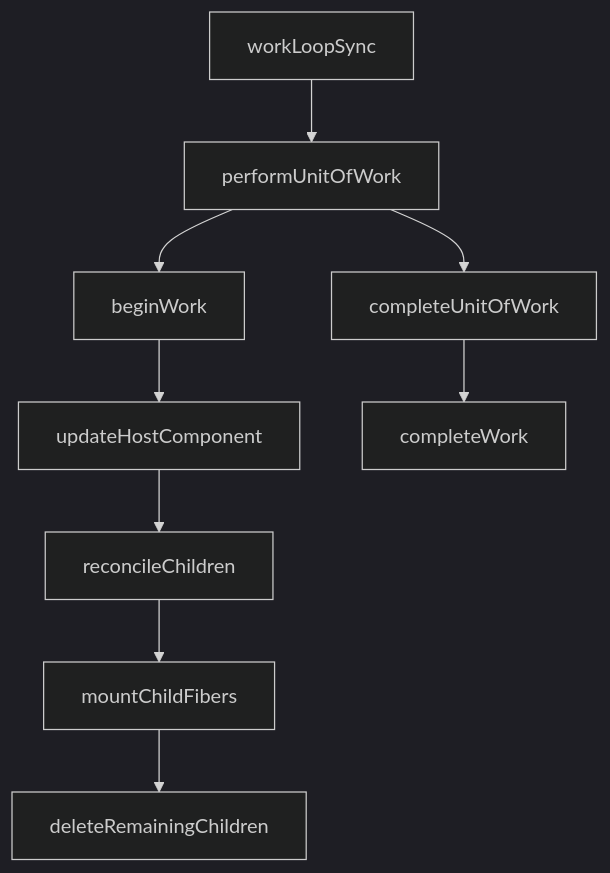
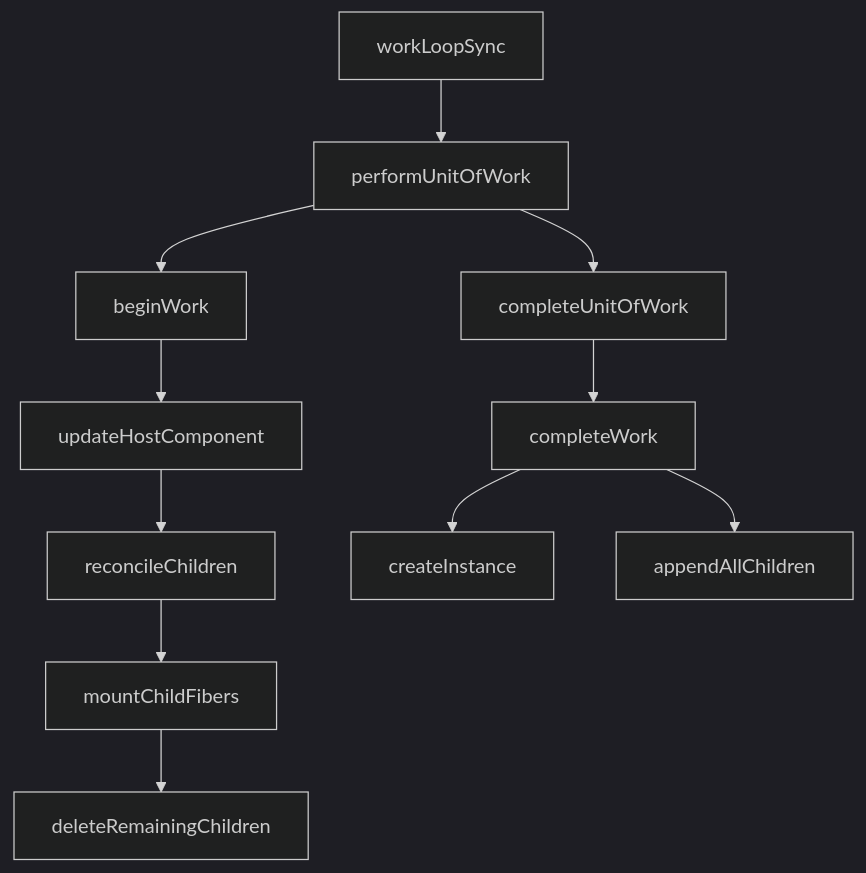
The eighth of 14 diagrams in source/_posts/2020-07-15-react源码学习之首次渲染调度更新的过程.md (ginnko/ginnko.github.io), drawn with Mermaid (dark theme) before and after one commit. The commit also changed other lines of this file, not shown here.

````diff
--- a/source/_posts/2020-07-15-react源码学习之首次渲染调度更新的过程.md
+++ b/source/_posts/2020-07-15-react源码学习之首次渲染调度更新的过程.md
@@ -5205,12 +5273,14 @@
 ```mermaid
   graph TD;
 
   workLoopSync --> performUnitOfWork;
   performUnitOfWork --> beginWork;
   beginWork --> updateHostComponent;
   updateHostComponent --> reconcileChildren;
   reconcileChildren --> mountChildFibers;
   mountChildFibers --> deleteRemainingChildren;
   performUnitOfWork --> completeUnitOfWork;
   completeUnitOfWork --> completeWork;
+  completeWork --> createInstance;
+  completeWork --> appendAllChildren;
 ```
````
